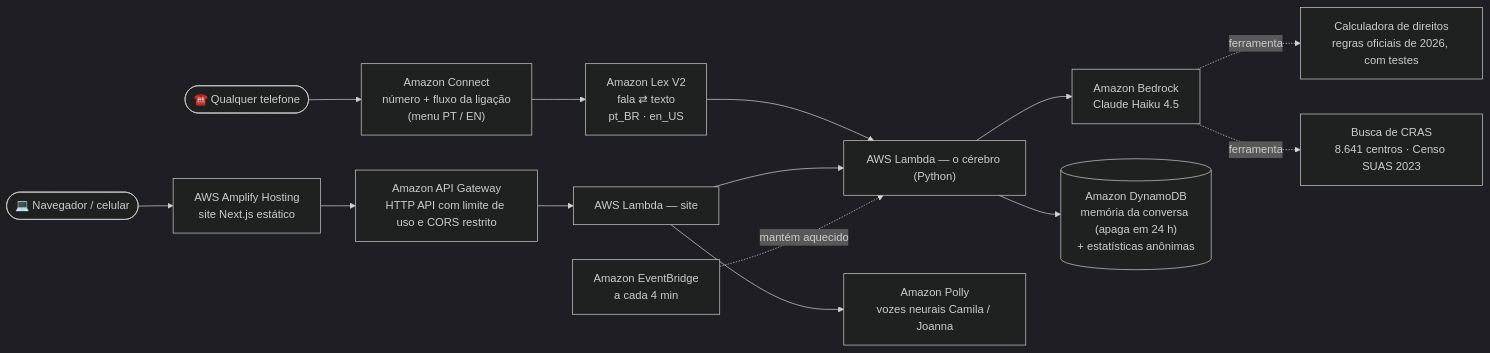
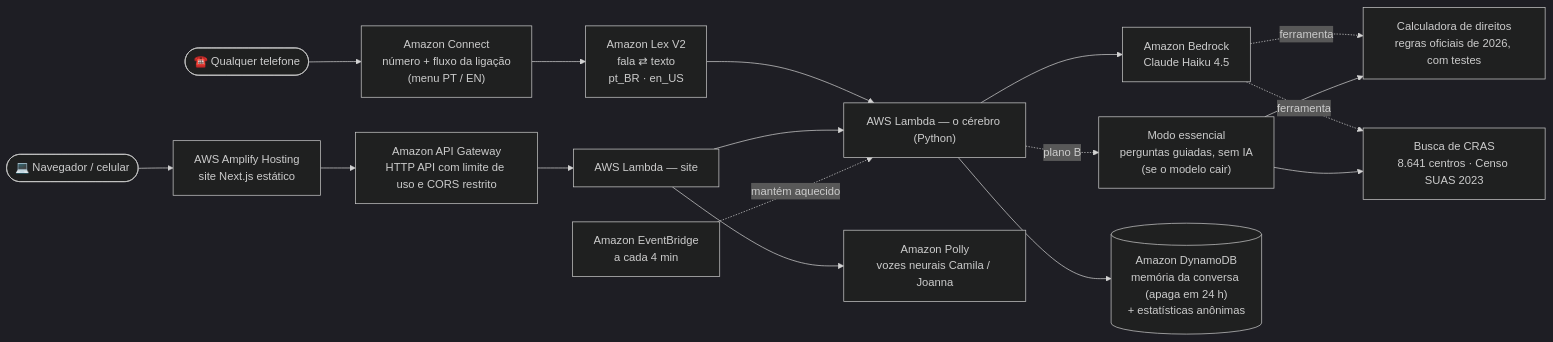
Before and after one commit to ericperinn/liga-pra-mim: the diagram in README.pt-BR.md, drawn with Mermaid (dark theme). The commit also changed other lines of this file and 4 other files, not shown here.

Commit message:
docs: add submission text, architecture image and essential mode to the READMEs

````diff
--- a/README.pt-BR.md
+++ b/README.pt-BR.md
@@ -28,18 +28,21 @@
 ```mermaid
 flowchart LR
     caller(["☎️ Qualquer telefone"]) --> connect["Amazon Connect<br/>número + fluxo da ligação<br/>(menu PT / EN)"]
     connect --> lex["Amazon Lex V2<br/>fala ⇄ texto<br/>pt_BR · en_US"]
     lex --> brain["AWS Lambda — o cérebro (Python)"]
 
     browser(["💻 Navegador / celular"]) --> amplify["AWS Amplify Hosting<br/>site Next.js estático"]
     amplify --> api["Amazon API Gateway<br/>HTTP API com limite de uso e CORS restrito"]
     api --> web["AWS Lambda — site"]
     web --> brain
     web --> polly["Amazon Polly<br/>vozes neurais Camila / Joanna"]
 
     brain --> bedrock["Amazon Bedrock<br/>Claude Haiku 4.5"]
     bedrock -. ferramenta .-> calc["Calculadora de direitos<br/>regras oficiais de 2026, com testes"]
     bedrock -. ferramenta .-> cras["Busca de CRAS<br/>8.641 centros · Censo SUAS 2023"]
+    brain -. plano B .-> essential["Modo essencial<br/>perguntas guiadas, sem IA<br/>(se o modelo cair)"]
+    essential --> calc
+    essential --> cras
     brain --> ddb[("Amazon DynamoDB<br/>memória da conversa (apaga em 24 h)<br/>+ estatísticas anônimas")]
     timer["Amazon EventBridge<br/>a cada 4 min"] -. mantém aquecido .-> brain
 ```
````
